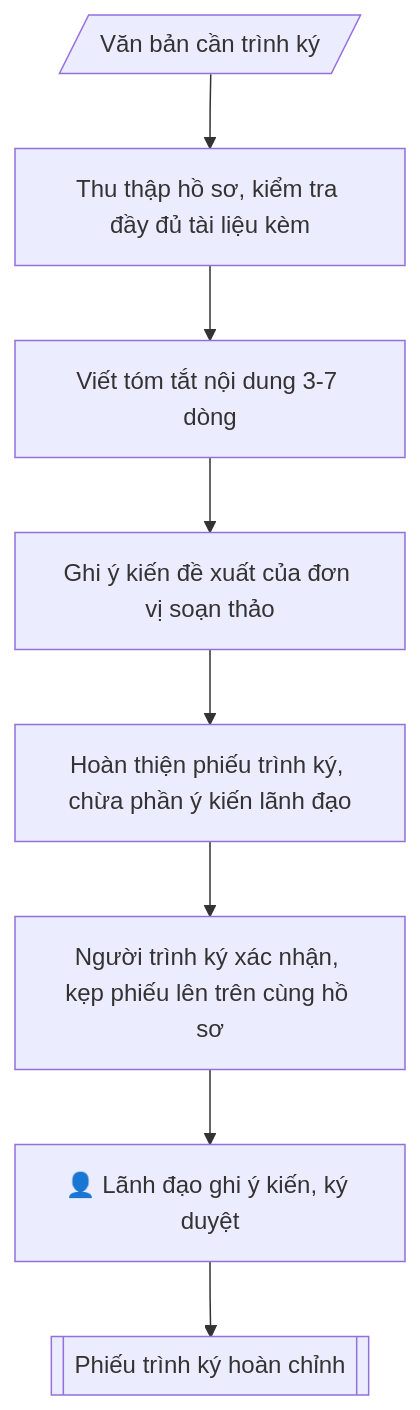
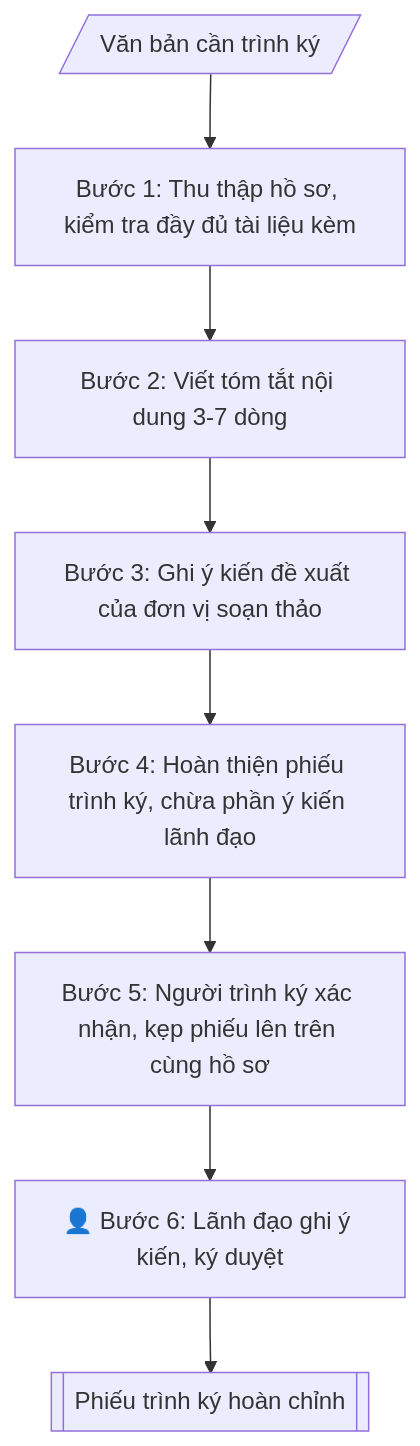
Before and after one commit to phamtruong91/dh-skills: the diagram in skills/phieu-trinh-ky/SKILL.md, drawn with Mermaid. The commit also changed other lines of this file and 30 other files, not shown here.

````diff
--- a/skills/phieu-trinh-ky/SKILL.md
+++ b/skills/phieu-trinh-ky/SKILL.md
@@ -83,10 +83,10 @@
 ```mermaid
 flowchart TD
-    IN[/"Văn bản cần trình ký"/] --> A["Thu thập hồ sơ, kiểm tra đầy đủ tài liệu kèm"]
-    A --> B["Viết tóm tắt nội dung 3-7 dòng"]
-    B --> C["Ghi ý kiến đề xuất của đơn vị soạn thảo"]
-    C --> D["Hoàn thiện phiếu trình ký, chừa phần ý kiến lãnh đạo"]
-    D --> E["Người trình ký xác nhận, kẹp phiếu lên trên cùng hồ sơ"]
-    E --> HG["👤 Lãnh đạo ghi ý kiến, ký duyệt"]
+    IN[/"Văn bản cần trình ký"/] --> A["Bước 1: Thu thập hồ sơ, kiểm tra đầy đủ tài liệu kèm"]
+    A --> B["Bước 2: Viết tóm tắt nội dung 3-7 dòng"]
+    B --> C["Bước 3: Ghi ý kiến đề xuất của đơn vị soạn thảo"]
+    C --> D["Bước 4: Hoàn thiện phiếu trình ký, chừa phần ý kiến lãnh đạo"]
+    D --> E["Bước 5: Người trình ký xác nhận, kẹp phiếu lên trên cùng hồ sơ"]
+    E --> HG["👤 Bước 6: Lãnh đạo ghi ý kiến, ký duyệt"]
     HG --> OUT[["Phiếu trình ký hoàn chỉnh"]]
 ```
````
